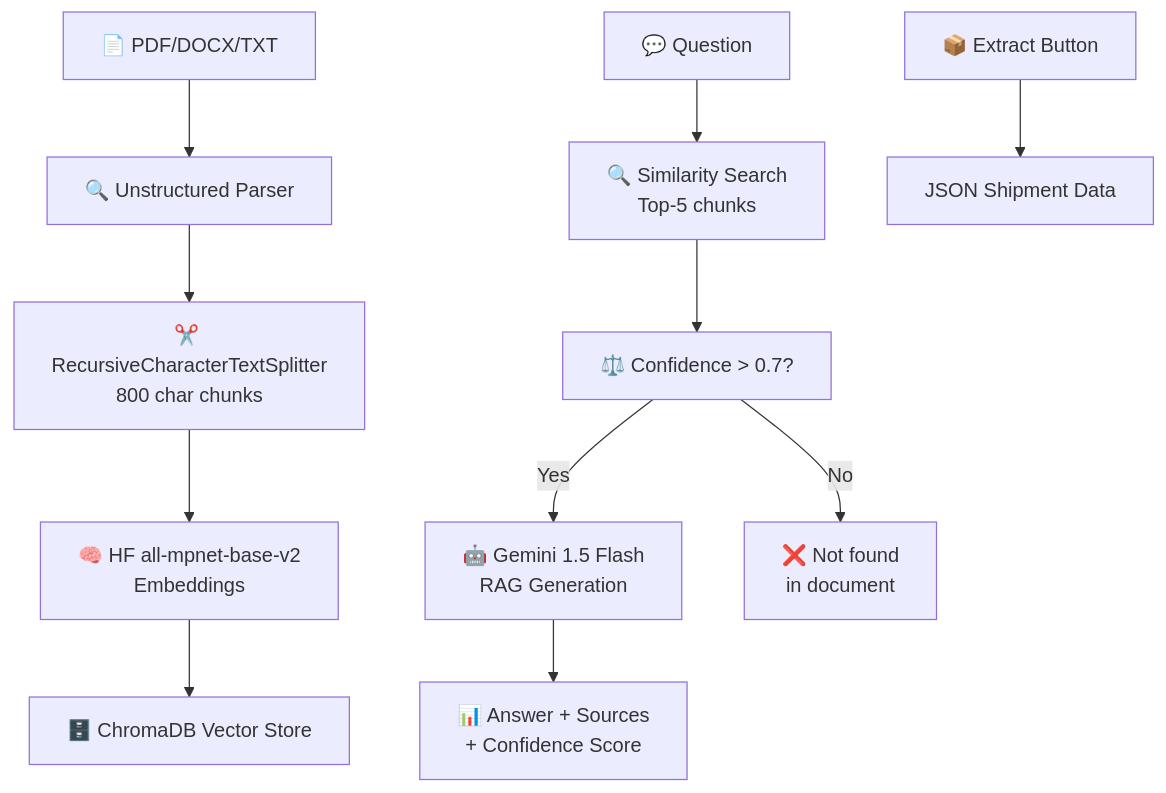
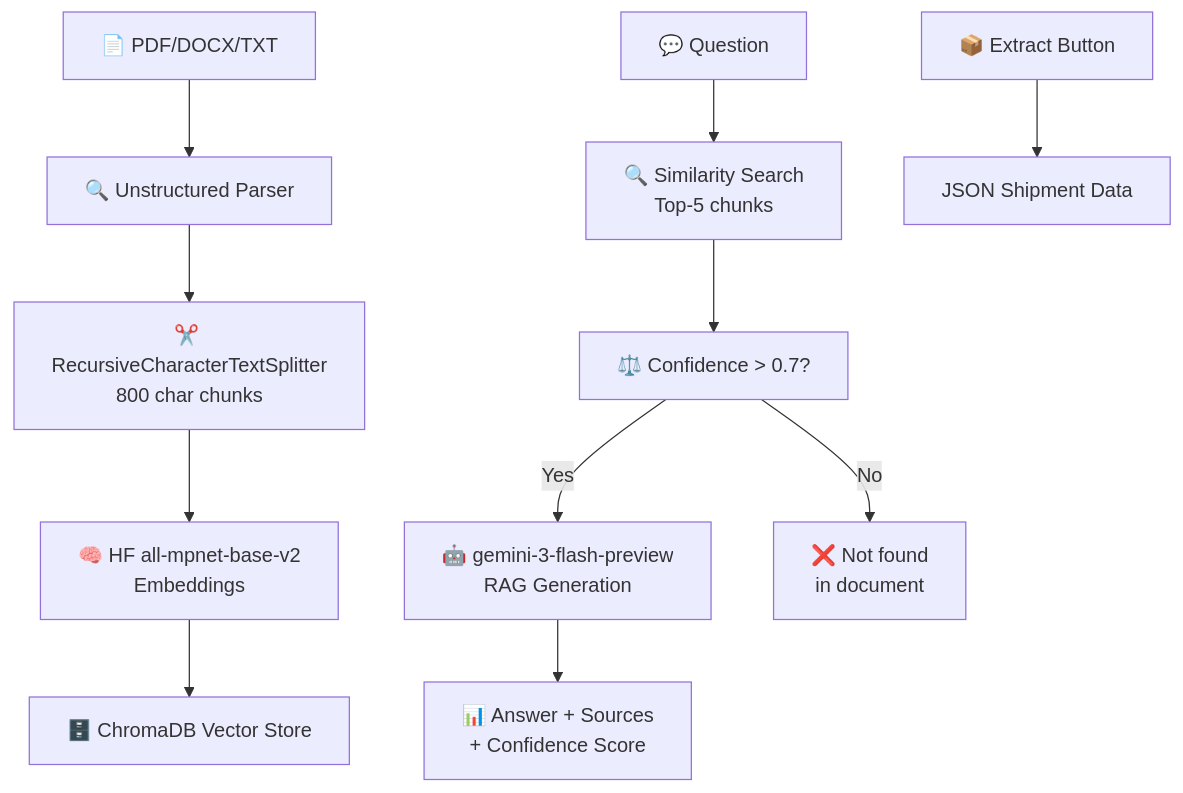
The diagram in README.md (ADITYA964/Ultra-Doc-Intelligence-POC), drawn with Mermaid before and after one commit.

````diff
--- a/README.md
+++ b/README.md
@@ -24,15 +24,15 @@
 ```mermaid
 graph TD
     A[📄 PDF/DOCX/TXT] --> B[🔍 Unstructured Parser]
     B --> C[✂️ RecursiveCharacterTextSplitter<br/>800 char chunks]
     C --> D[🧠 HF all-mpnet-base-v2<br/>Embeddings]
     D --> E[🗄️ ChromaDB Vector Store]
     
     F[💬 Question] --> G[🔍 Similarity Search<br/>Top-5 chunks]
     G --> H[⚖️ Confidence > 0.7?]
-    H -->|Yes| I[🤖 Gemini 1.5 Flash<br/>RAG Generation]
+    H -->|Yes| I[🤖 gemini-3-flash-preview<br/>RAG Generation]
     H -->|No| J[❌ Not found<br/>in document]
     I --> K[📊 Answer + Sources<br/>+ Confidence Score]
     
     L[📦 Extract Button] --> M[JSON Shipment Data]
 ```
````
